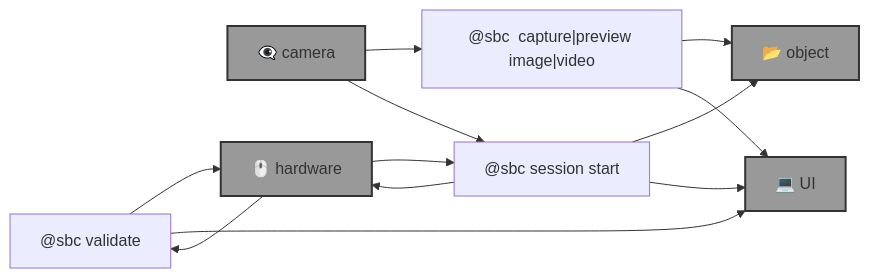
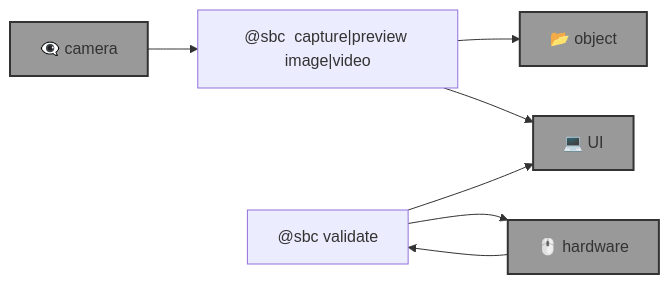
One commit to kamangir/bluer-sbc changed the diagram in template.md. Above: the diagram before and after it, drawn with Mermaid. The commit also changed 4 other files, not shown here.

````diff
--- a/template.md
+++ b/template.md
@@ -14,29 +14,21 @@
 ```mermaid
 graph LR
     camera["@sbc <camera> capture|preview image|video"]
 
     hardware_validate["@sbc <hardware> validate <options>"]
-
-    session_start["@sbc session start"]
 
     object["📂 object"]:::folder
     camera_hardware["👁️‍🗨️ camera"]:::folder
     hardware["🖱️ hardware"]:::folder
     UI["💻 UI"]:::folder
 
     camera_hardware --> camera
     camera --> object
     camera --> UI
 
     hardware --> hardware_validate
     hardware_validate --> hardware
     hardware_validate --> UI
 
-    hardware --> session_start
-    session_start --> hardware
-    camera_hardware --> session_start
-    session_start --> object
-    session_start --> UI
-
     classDef folder fill:#999,stroke:#333,stroke-width:2px;
 ```
````
